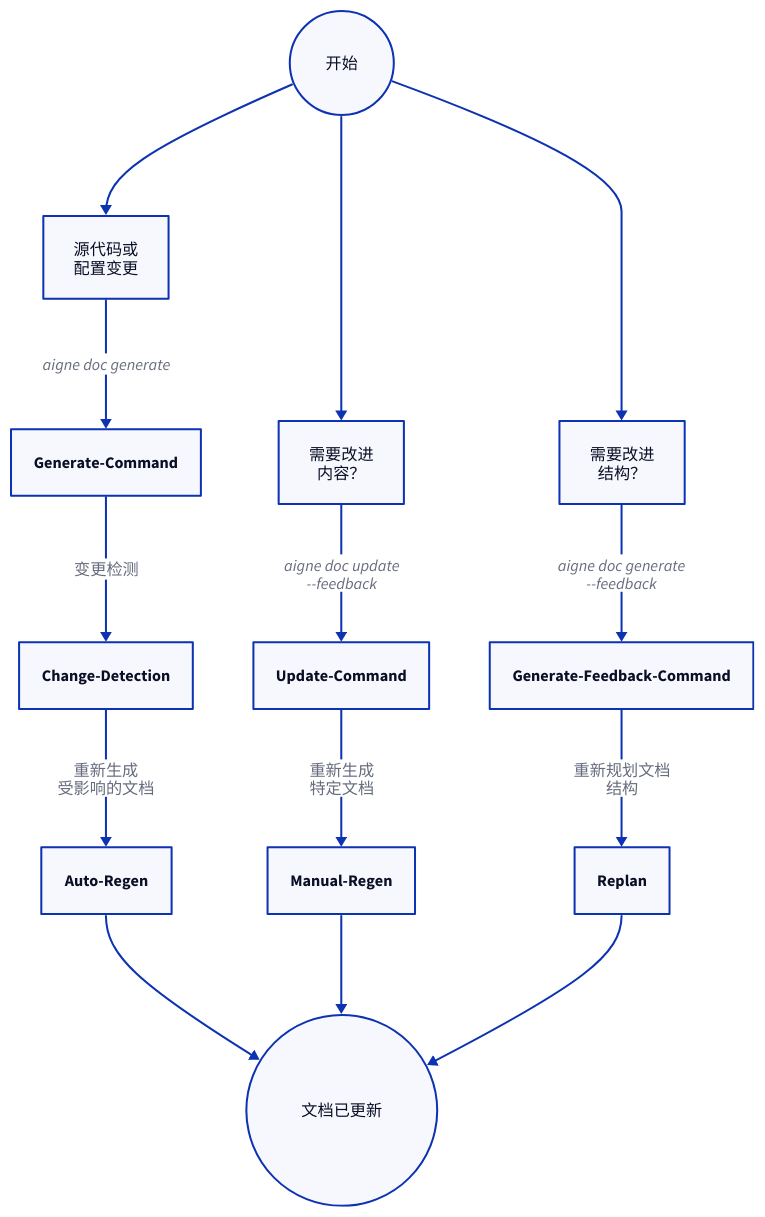
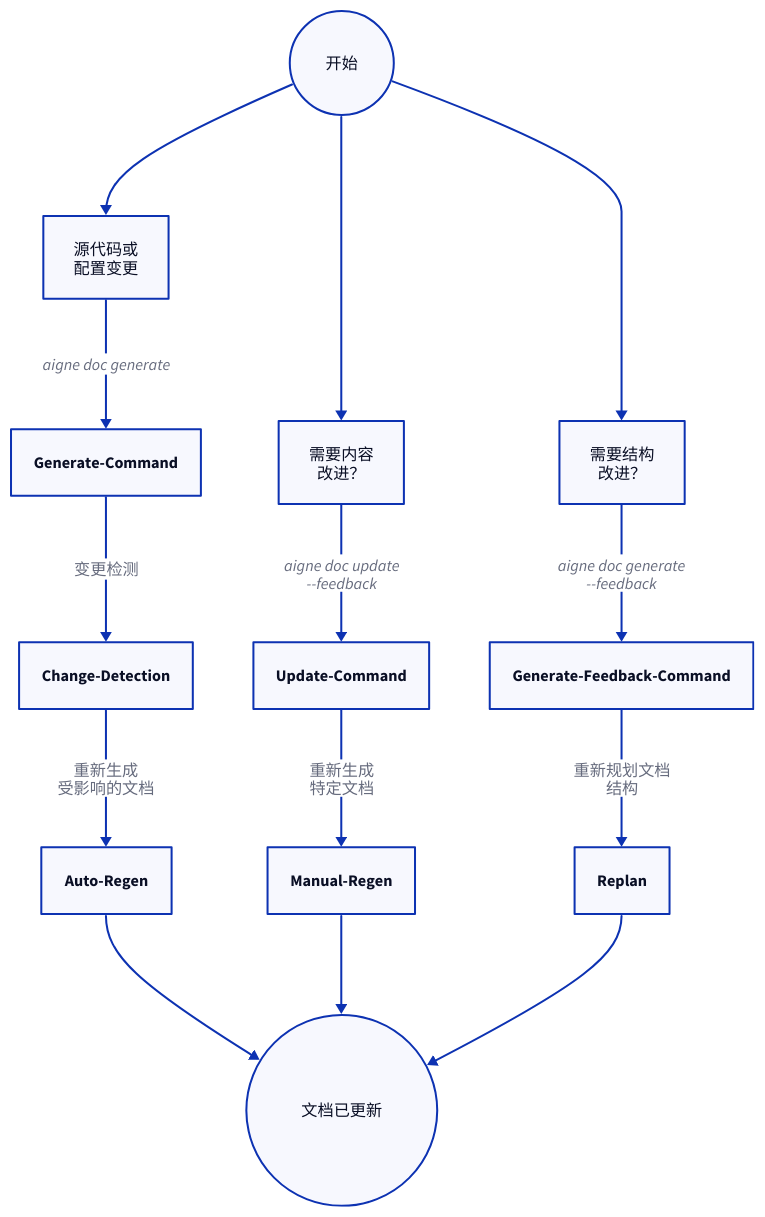
Before and after one commit to AIGNE-io/aigne-doc-smith: the diagram in docs/features-update-and-refine.zh.md, drawn with D2. The commit also changed other lines of this file and 27 other files, not shown here.

````diff
--- a/docs/features-update-and-refine.zh.md
+++ b/docs/features-update-and-refine.zh.md
@@ -14,50 +15,50 @@
-```d2
+```d2 Update Workflows
 direction: down
 
 Start: {
   shape: circle
   label: "开始"
 }
 
 Code-Change: {
   label: "源代码或\n配置变更"
   shape: rectangle
 }
 
 Content-Tweak: {
-  label: "需要改进\n内容？"
+  label: "需要内容\n改进？"
   shape: rectangle
 }
 
 Structure-Tweak: {
-  label: "需要改进\n结构？"
+  label: "需要结构\n改进？"
   shape: rectangle
 }
 
 Start -> Code-Change
 Start -> Content-Tweak
 Start -> Structure-Tweak
 
 Code-Change -> Generate-Command: "aigne doc generate"
 
 Generate-Command -> Change-Detection: {
   label: "变更检测"
   shape: diamond
 }
 Change-Detection -> Auto-Regen: "重新生成\n受影响的文档"
 
 Content-Tweak -> Update-Command: "aigne doc update\n--feedback"
 Update-Command -> Manual-Regen: "重新生成\n特定文档"
 
 Structure-Tweak -> Generate-Feedback-Command: "aigne doc generate\n--feedback"
 Generate-Feedback-Command -> Replan: "重新规划文档\n结构"
 
 End: {
   shape: circle
   label: "文档已更新"
 }
 
 Auto-Regen -> End
 Manual-Regen -> End
 Replan -> End
 ```
````
